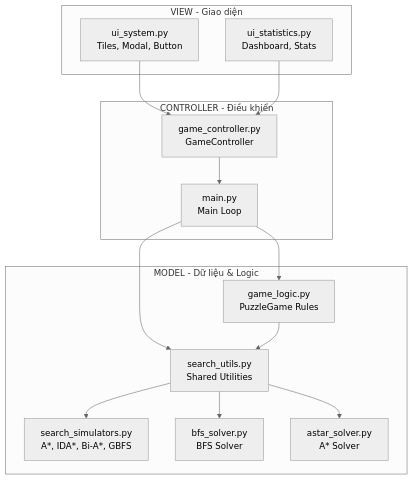
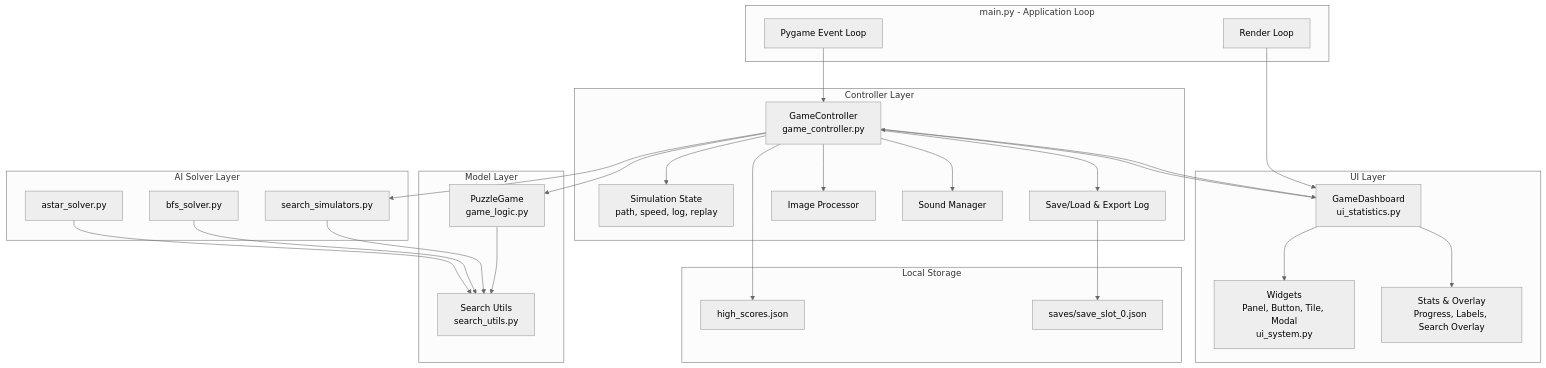
One commit to hoangscor/8puzzleNhom5 changed the first of 3 diagrams in README.md. Above: the diagram before and after it, drawn with Mermaid (neutral theme). The commit also changed other lines of this file, not shown here.

````diff
--- a/README.md
+++ b/README.md
@@ -27,30 +62,56 @@
 ```mermaid
-graph TD
-    subgraph VIEW["VIEW - Giao diện"]
-        A[ui_system.py<br/>Tiles, Modal, Button]
-        B[ui_statistics.py<br/>Dashboard, Stats]
+flowchart TD
+    subgraph Main["main.py - Application Loop"]
+        E[Pygame Event Loop]
+        R[Render Loop]
     end
-    
-    subgraph CONTROLLER["CONTROLLER - Điều khiển"]
-        C[game_controller.py<br/>GameController]
-        D[main.py<br/>Main Loop]
+
+    subgraph UI["UI Layer"]
+        D[GameDashboard<br/>ui_statistics.py]
+        W[Widgets<br/>Panel, Button, Tile, Modal<br/>ui_system.py]
+        P[Stats & Overlay<br/>Progress, Labels, Search Overlay]
     end
-    
-    subgraph MODEL["MODEL - Dữ liệu & Logic"]
-        E[game_logic.py<br/>PuzzleGame Rules]
-        F[search_utils.py<br/>Shared Utilities]
-        G[search_simulators.py<br/>A*, IDA*, Bi-A*, GBFS]
-        H[bfs_solver.py<br/>BFS Solver]
-        I[astar_solver.py<br/>A* Solver]
+
+    subgraph Controller["Controller Layer"]
+        GC[GameController<br/>game_controller.py]
+        SIM[Simulation State<br/>path, speed, log, replay]
+        IO[Save/Load & Export Log]
+        IMG[Image Processor]
+        SND[Sound Manager]
     end
-    
-    A --> C
-    B --> C
-    C --> D
-    D --> E
-    D --> F
-    E --> F
-    F --> G
-    F --> H
-    F --> I
+
+    subgraph Model["Model Layer"]
+        PG[PuzzleGame<br/>game_logic.py]
+        SU[Search Utils<br/>search_utils.py]
+    end
+
+    subgraph AI["AI Solver Layer"]
+        SS[search_simulators.py]
+        BFS[bfs_solver.py]
+        AS[astar_solver.py]
+    end
+
+    subgraph Storage["Local Storage"]
+        HS[high_scores.json]
+        SV[saves/save_slot_0.json]
+    end
+
+    E --> GC
+    GC --> D
+    D --> GC
+    D --> W
+    D --> P
+    GC --> SIM
+    GC --> PG
+    GC --> SS
+    GC --> IO
+    IO --> SV
+    GC --> HS
+    PG --> SU
+    SS --> SU
+    BFS --> SU
+    AS --> SU
+    GC --> IMG
+    GC --> SND
+    R --> D
 ```
````
